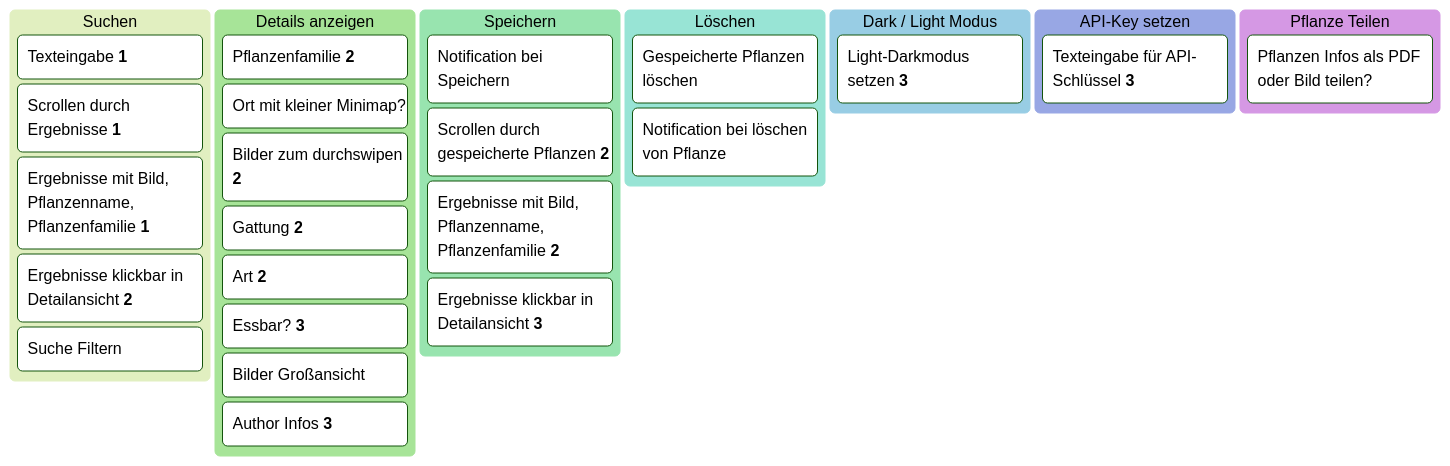
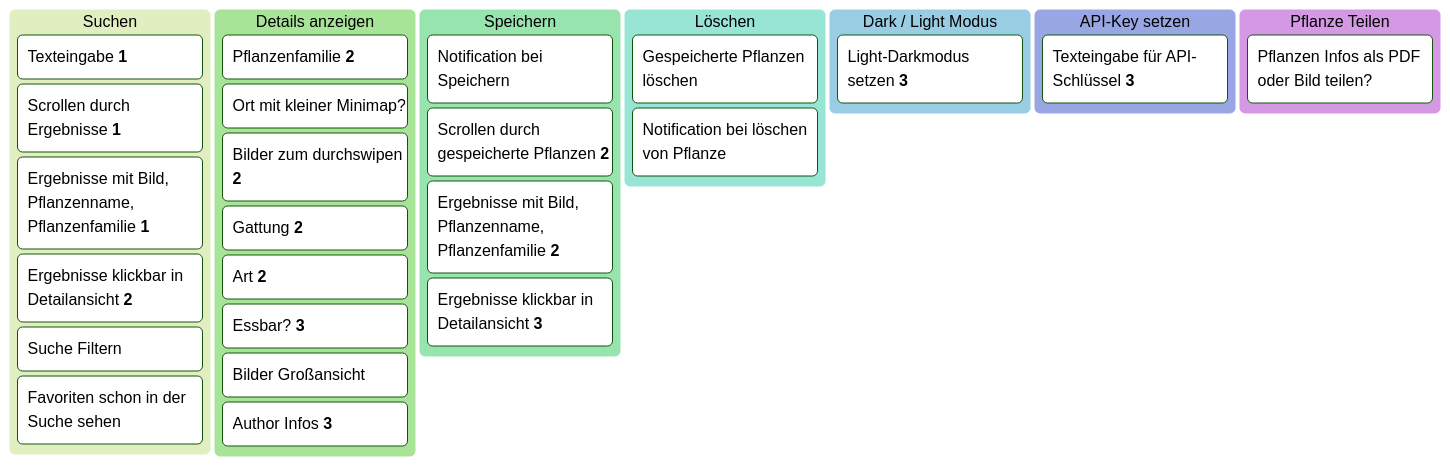
One commit to gascko/Pflanzenbox changed the diagram in README.md. Above: the diagram before and after it, drawn with Mermaid (forest theme). The commit also changed other lines of this file and 7 other files, not shown here.

````diff
--- a/README.md
+++ b/README.md
@@ -18,32 +18,33 @@
 ```mermaid
 kanban
     columnSuchen[Suchen]
         task1[Texteingabe **1**]
         task2[Scrollen durch Ergebnisse **1**]
         task3[Ergebnisse mit Bild, Pflanzenname, Pflanzenfamilie **1**]
         task4[Ergebnisse klickbar in Detailansicht **2**]
         task5[Suche Filtern]
+        task6[Favoriten schon in der Suche sehen]
     columnDetails[Details anzeigen]
         task1[Pflanzenfamilie **2**]
         task2[Ort mit kleiner Minimap?]
         task3[Bilder zum durchswipen **2**]
         task4[Gattung **2**]
         task5[Art **2**]
         task6[Essbar? **3**]
         task7[Bilder Großansicht]
         task8[Author Infos **3**]
     columnSpeichern[Speichern]
         task1[Notification bei Speichern]
         task2[Scrollen durch gespeicherte Pflanzen **2**]
         task3[Ergebnisse mit Bild, Pflanzenname, Pflanzenfamilie **2**]
         task4[Ergebnisse klickbar in Detailansicht **3**]
     columnLöschen[Löschen]
         task1[Gespeicherte Pflanzen löschen]
         task2[Notification bei löschen von Pflanze]
     columnLight[Dark / Light Modus]
         task1[Light-Darkmodus setzen **3**]
     columnApi[API-Key setzen]
         task1[Texteingabe für API-Schlüssel **3**]
     columnTeilen[Pflanze Teilen]
         task1[Pflanzen Infos als PDF oder Bild teilen?]
 ```
````
